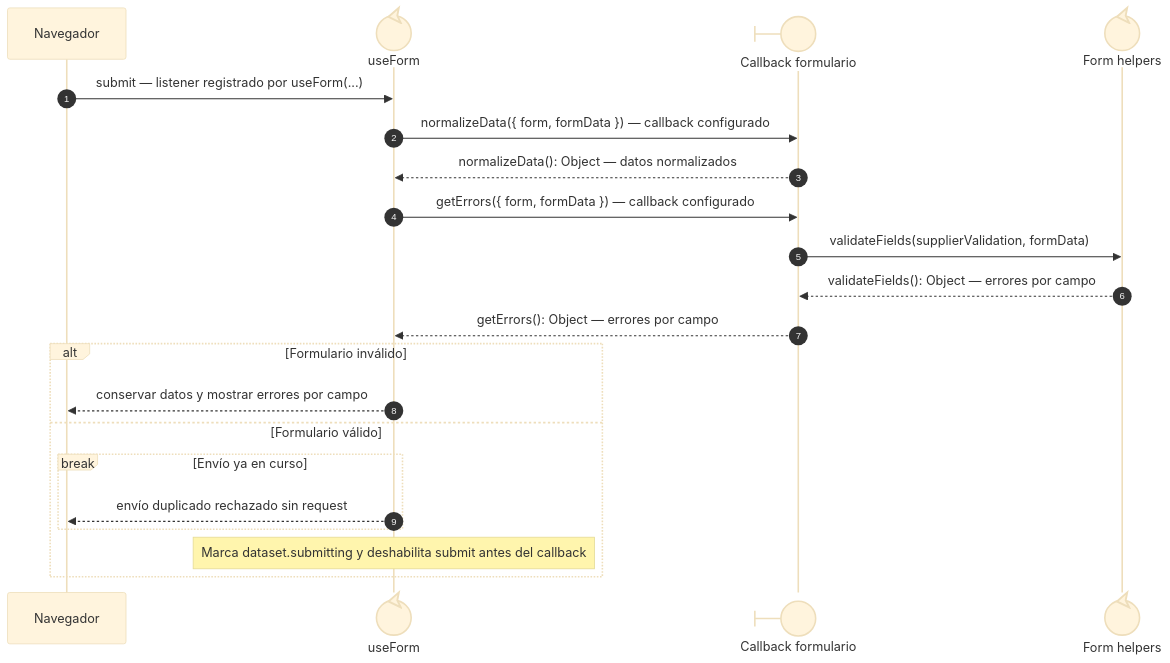
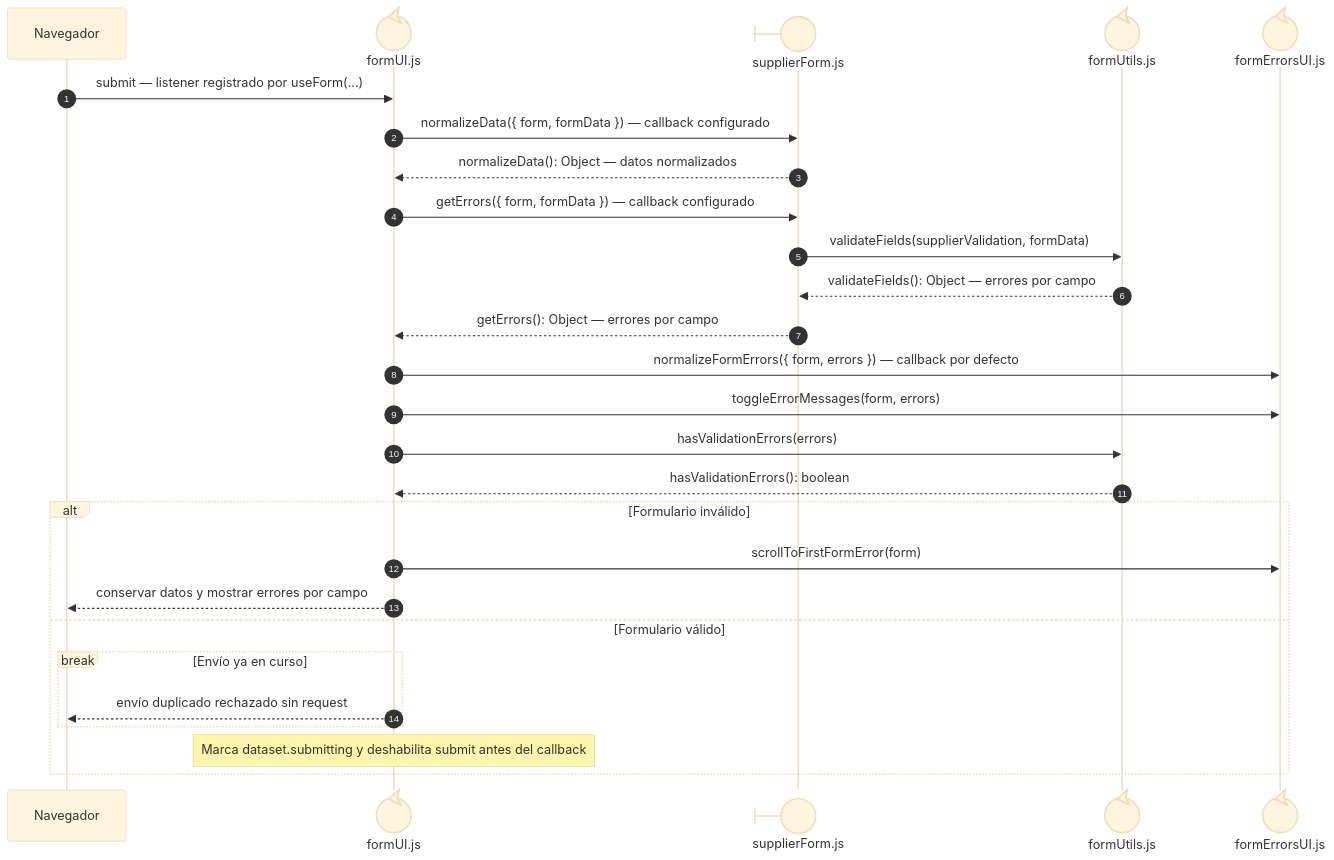
Before and after one commit to gpgsistemas01/nexus: the third of 5 diagrams in docs/architecture/views/processes/frontend-code-sequences/catalogs/cu-cat-02.md, drawn with Mermaid (base theme). The commit also changed other lines of this file and 192 other files, not shown here.

Commit message:
docs: make sequence file ownership explicit and align code flows

````diff
--- a/docs/architecture/views/processes/frontend-code-sequences/catalogs/cu-cat-02.md
+++ b/docs/architecture/views/processes/frontend-code-sequences/catalogs/cu-cat-02.md
@@ -69,24 +161,31 @@
 ```mermaid
 sequenceDiagram
     autonumber
     participant Browser as Navegador
-    participant Form@{ "type": "control" } as useForm
-    participant View@{ "type": "boundary" } as Callback formulario
-    participant FormUtils@{ "type": "control" } as Form helpers
+    participant Form@{ "type": "control" } as formUI.js
+    participant View@{ "type": "boundary" } as supplierForm.js
+    participant FormUtils@{ "type": "control" } as formUtils.js
+
+    participant FileFormErrorsUI@{ "type": "control" } as formErrorsUI.js
 
     Browser->>Form: submit — listener registrado por useForm(...)
     Form->>View: normalizeData({ form, formData }) — callback configurado
     View-->>Form: normalizeData(): Object — datos normalizados
     Form->>View: getErrors({ form, formData }) — callback configurado
     View->>FormUtils: validateFields(supplierValidation, formData)
     FormUtils-->>View: validateFields(): Object — errores por campo
     View-->>Form: getErrors(): Object — errores por campo
+    Form->>FileFormErrorsUI: normalizeFormErrors({ form, errors }) — callback por defecto
+    Form->>FileFormErrorsUI: toggleErrorMessages(form, errors)
+    Form->>FormUtils: hasValidationErrors(errors)
+    FormUtils-->>Form: hasValidationErrors(): boolean
     alt Formulario inválido
+        Form->>FileFormErrorsUI: scrollToFirstFormError(form)
         Form-->>Browser: conservar datos y mostrar errores por campo
     else Formulario válido
         break Envío ya en curso
             Form-->>Browser: envío duplicado rechazado sin request
     end
         Note over Form: Marca dataset.submitting y deshabilita submit antes del callback
     end
 ```
````
